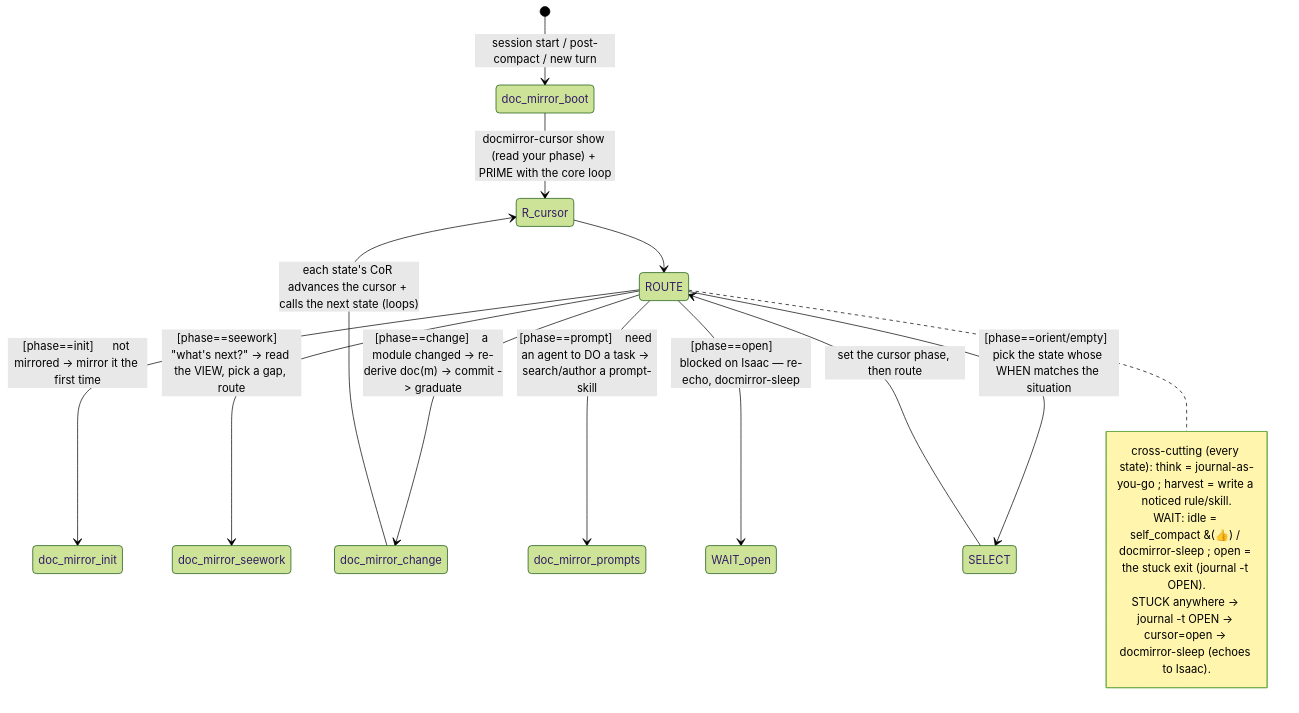
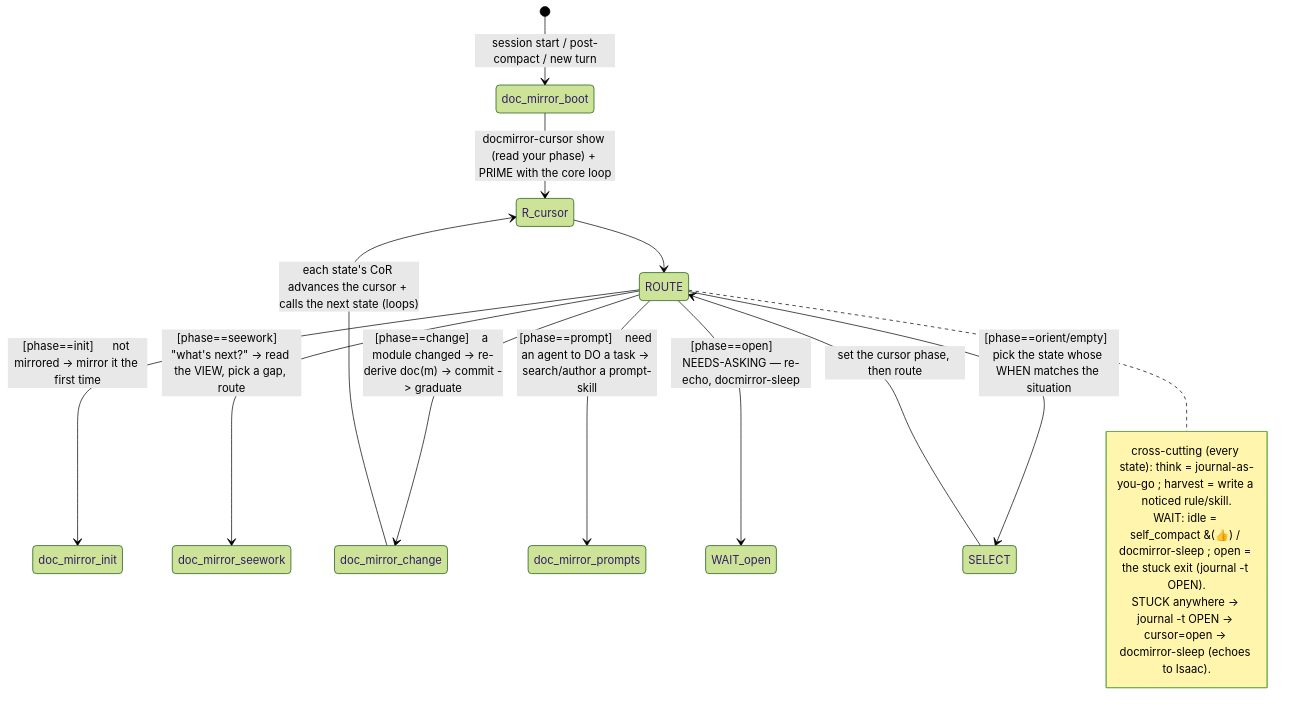
The diagram in rules/doc-mirror-consult-state-graph-before-acting.md (sancovp/doc-mirror), drawn with Mermaid (forest theme) before and after one commit. The commit also changed 6 other files, not shown here.

````diff
--- a/rules/doc-mirror-consult-state-graph-before-acting.md
+++ b/rules/doc-mirror-consult-state-graph-before-acting.md
@@ -45,20 +45,20 @@
 ```mermaid
 stateDiagram-v2
     [*] --> doc_mirror_boot: session start / post-compact / new turn
     doc_mirror_boot --> R_cursor: docmirror-cursor show (read your phase) + PRIME with the core loop
     R_cursor --> ROUTE
     state ROUTE <<choice>>
     ROUTE --> doc_mirror_init:    [phase==init]      not mirrored -> mirror it the first time
     ROUTE --> doc_mirror_seework: [phase==seework]   "what's next?" -> read the VIEW, pick a gap, route
     ROUTE --> doc_mirror_change:  [phase==change]    a module changed -> re-derive doc(m) -> commit -> graduate
     ROUTE --> doc_mirror_prompts: [phase==prompt]    need an agent to DO a task -> search/author a prompt-skill
-    ROUTE --> WAIT_open:          [phase==open]      blocked on Isaac — re-echo, docmirror-sleep
+    ROUTE --> WAIT_open:          [phase==open]      NEEDS-ASKING — re-echo, docmirror-sleep
     ROUTE --> SELECT:             [phase==orient/empty]  pick the state whose WHEN matches the situation
     SELECT --> ROUTE: set the cursor phase, then route
     doc_mirror_change --> R_cursor: each state's CoR advances the cursor + calls the next state (loops)
     note right of ROUTE
         cross-cutting (every state): think = journal-as-you-go ; harvest = write a noticed rule/skill.
         WAIT: idle = self_compact &(👍) / docmirror-sleep ; open = the stuck exit (journal -t OPEN).
         STUCK anywhere -> journal -t OPEN -> cursor=open -> docmirror-sleep (echoes to Isaac).
     end note
 ```
````
